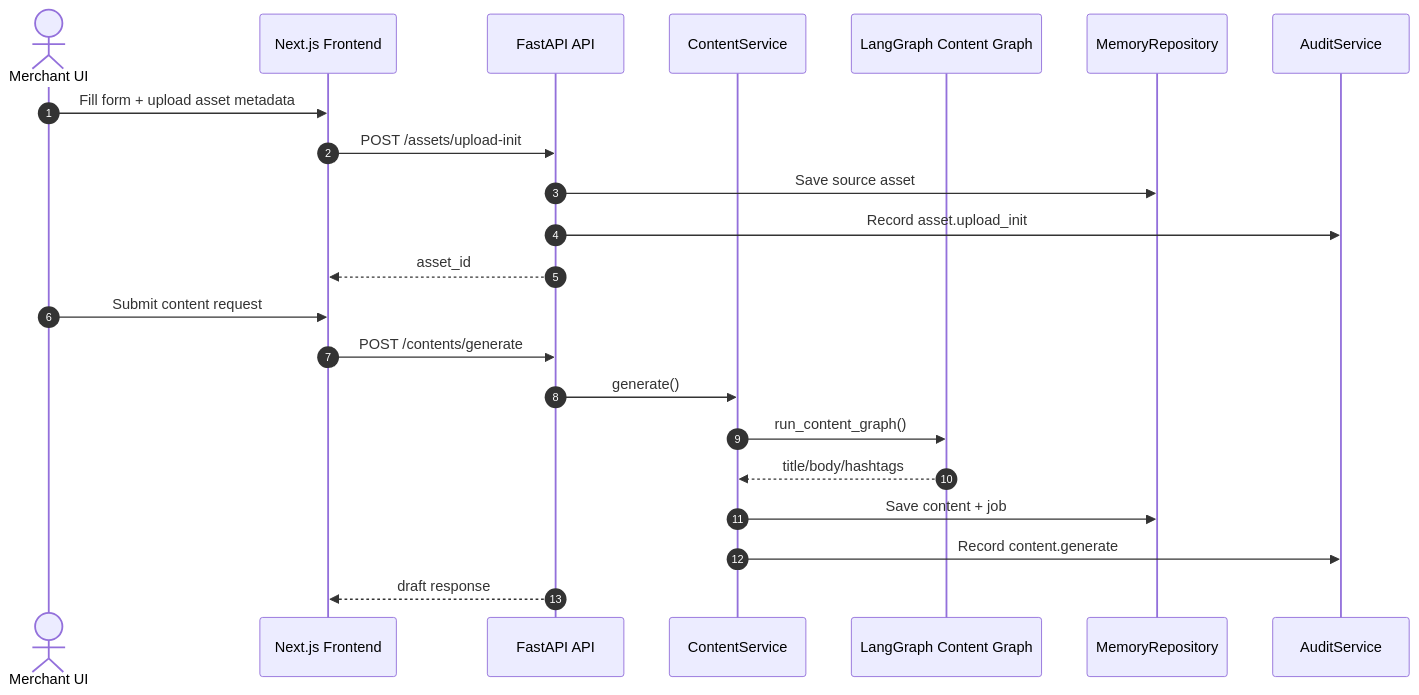
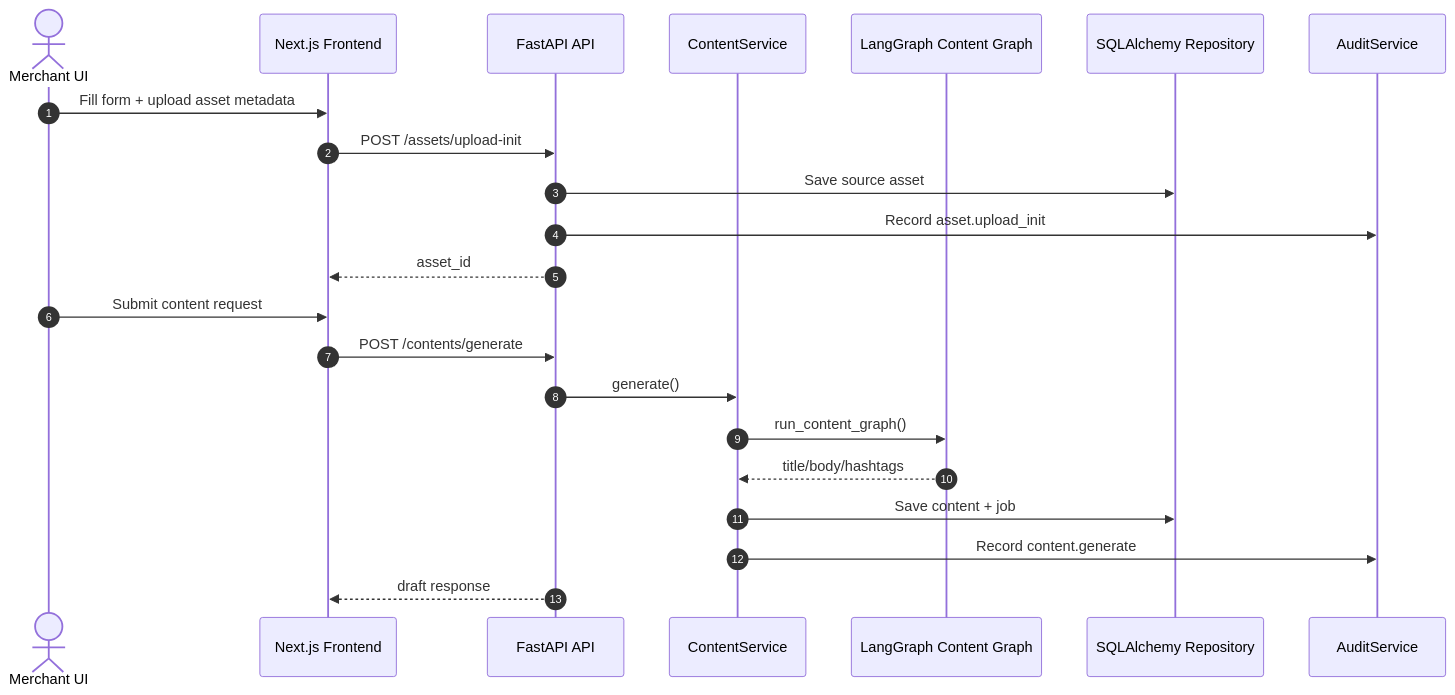
One commit to stnguswnd/marketing_AI changed the third of 8 diagrams in docs/PROJECT_DIAGRAMS.md. Above: the diagram before and after it, drawn with Mermaid. The commit also changed other lines of this file and 108 other files, not shown here.

````diff
--- a/docs/PROJECT_DIAGRAMS.md
+++ b/docs/PROJECT_DIAGRAMS.md
@@ -222,26 +222,26 @@
 ```mermaid
 sequenceDiagram
     autonumber
     actor Merchant as Merchant UI
     participant Frontend as Next.js Frontend
     participant API as FastAPI API
     participant ContentSvc as ContentService
     participant ContentGraph as LangGraph Content Graph
-    participant Repo as MemoryRepository
+    participant Repo as SQLAlchemy Repository
     participant Audit as AuditService
 
     Merchant->>Frontend: Fill form + upload asset metadata
     Frontend->>API: POST /assets/upload-init
     API->>Repo: Save source asset
     API->>Audit: Record asset.upload_init
     API-->>Frontend: asset_id
 
     Merchant->>Frontend: Submit content request
     Frontend->>API: POST /contents/generate
     API->>ContentSvc: generate()
     ContentSvc->>ContentGraph: run_content_graph()
     ContentGraph-->>ContentSvc: title/body/hashtags
     ContentSvc->>Repo: Save content + job
     ContentSvc->>Audit: Record content.generate
     API-->>Frontend: draft response
 ```
````
